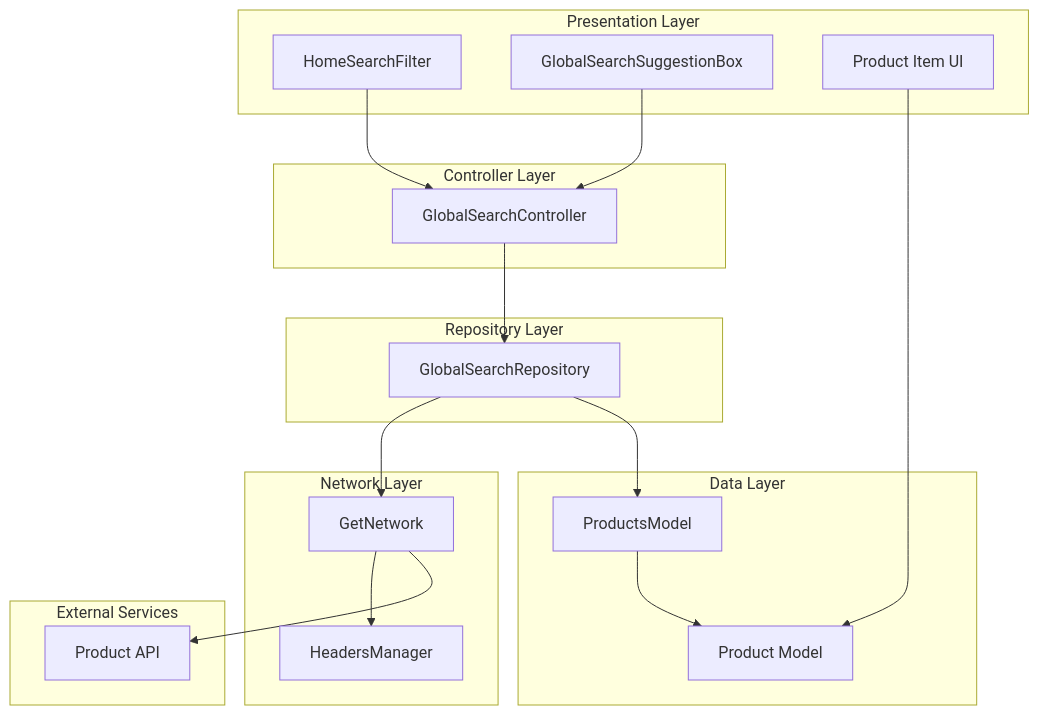
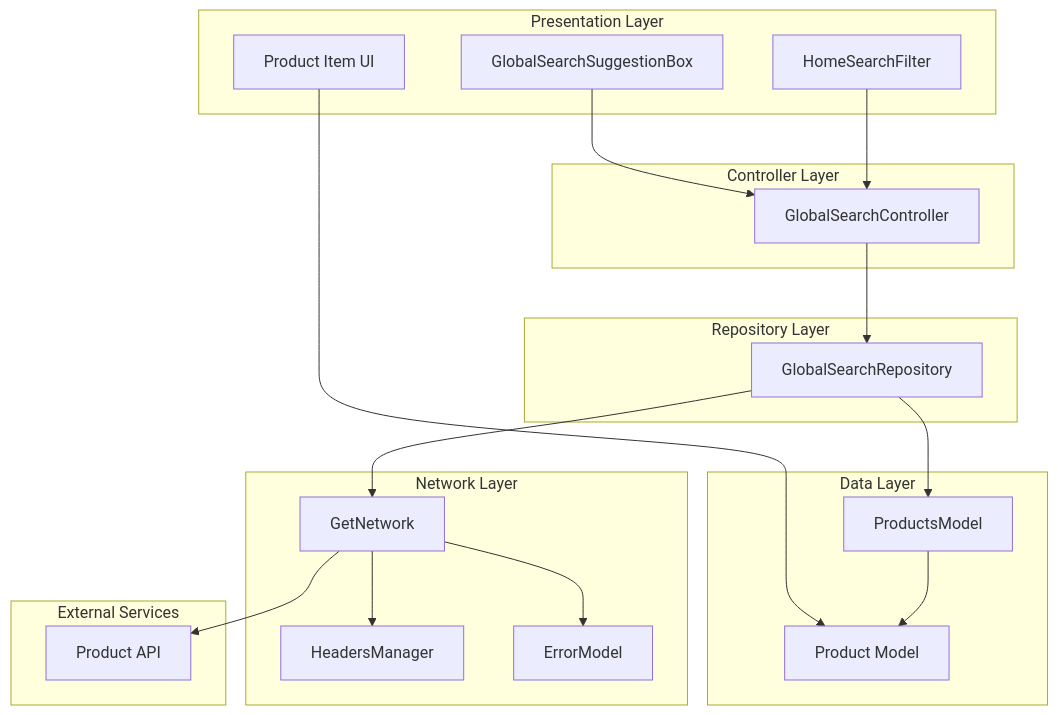
One commit to Ariful3111/FurniGo changed the first of 6 diagrams in .qoder/repowiki/en/content/Core Features/Global Search System.md. Above: the diagram before and after it, drawn with Mermaid. The commit also changed other lines of this file and 16 other files, not shown here.

````diff
--- a/.qoder/repowiki/en/content/Core Features/Global Search System.md
+++ b/.qoder/repowiki/en/content/Core Features/Global Search System.md
@@ -39,34 +48,36 @@
 ```mermaid
 graph TB
 subgraph "Presentation Layer"
 UI[HomeSearchFilter]
 SuggestionBox[GlobalSearchSuggestionBox]
 ProductItem[Product Item UI]
 end
 subgraph "Controller Layer"
 GSC[GlobalSearchController]
 end
 subgraph "Repository Layer"
 GSR[GlobalSearchRepository]
 end
 subgraph "Data Layer"
 Model[ProductsModel]
 Product[Product Model]
 end
 subgraph "Network Layer"
 GN[GetNetwork]
 HM[HeadersManager]
+EM[ErrorModel]
 end
 subgraph "External Services"
 API[Product API]
 end
 UI --> GSC
 SuggestionBox --> GSC
 GSC --> GSR
 GSR --> GN
 GN --> HM
+GN --> EM
 GN --> API
 GSR --> Model
 Model --> Product
 ProductItem --> Product
 ```
````
